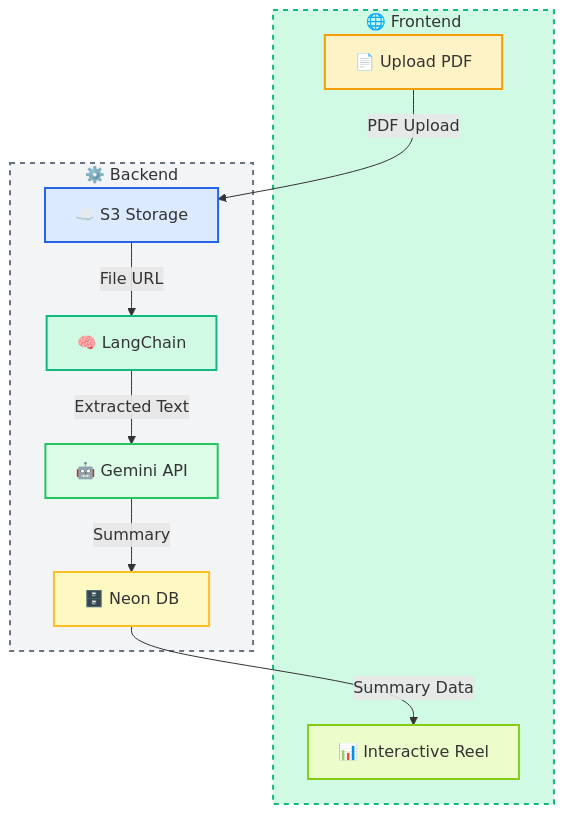
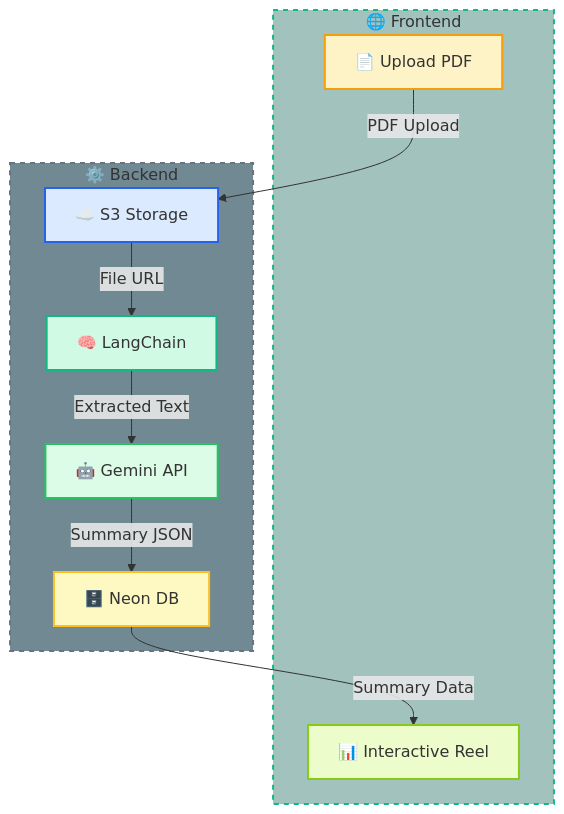
One commit to NehalSurti/Sommaire changed the diagram in README.md. Above: the diagram before and after it, drawn with Mermaid.

````diff
--- a/README.md
+++ b/README.md
@@ -31,34 +31,34 @@
 ```mermaid
 graph TD
     %% === FRONTEND SECTION ===
     subgraph FRONTEND[🌐 Frontend]
         A[📄 Upload PDF]
         H[📊 Interactive Reel]
     end
 
     %% === BACKEND SECTION ===
     subgraph BACKEND[⚙️ Backend]
         B[☁️ S3 Storage]
         C[🧠 LangChain]
         D[🤖 Gemini API]
         G[🗄️ Neon DB]
     end
 
     %% === DATA FLOW ===
     A -- "PDF Upload" --> B
     B -- "File URL" --> C
     C -- "Extracted Text" --> D
-    D -- "Summary" --> G
+    D -- "Summary JSON" --> G
     G -- "Summary Data" --> H
 
     %% === STYLING (GitHub-friendly) ===
-    style FRONTEND fill:#d1fae5,stroke:#10b981,stroke-width:2px,stroke-dasharray:5 5
-    style BACKEND fill:#f3f4f6,stroke:#6b7280,stroke-width:2px,stroke-dasharray:5 5
+    style FRONTEND fill:#A1C2BD,stroke:#10b981,stroke-width:2px,stroke-dasharray:5 5
+    style BACKEND fill:#708993,stroke:#6b7280,stroke-width:2px,stroke-dasharray:5 5
 
     style A fill:#fef3c7,stroke:#f59e0b,stroke-width:2px
     style B fill:#dbeafe,stroke:#2563eb,stroke-width:2px
     style C fill:#d1fae5,stroke:#10b981,stroke-width:2px
     style D fill:#dcfce7,stroke:#22c55e,stroke-width:2px
     style G fill:#fef9c3,stroke:#fbbf24,stroke-width:2px
     style H fill:#ecfccb,stroke:#84cc16,stroke-width:2px
 ```
````
